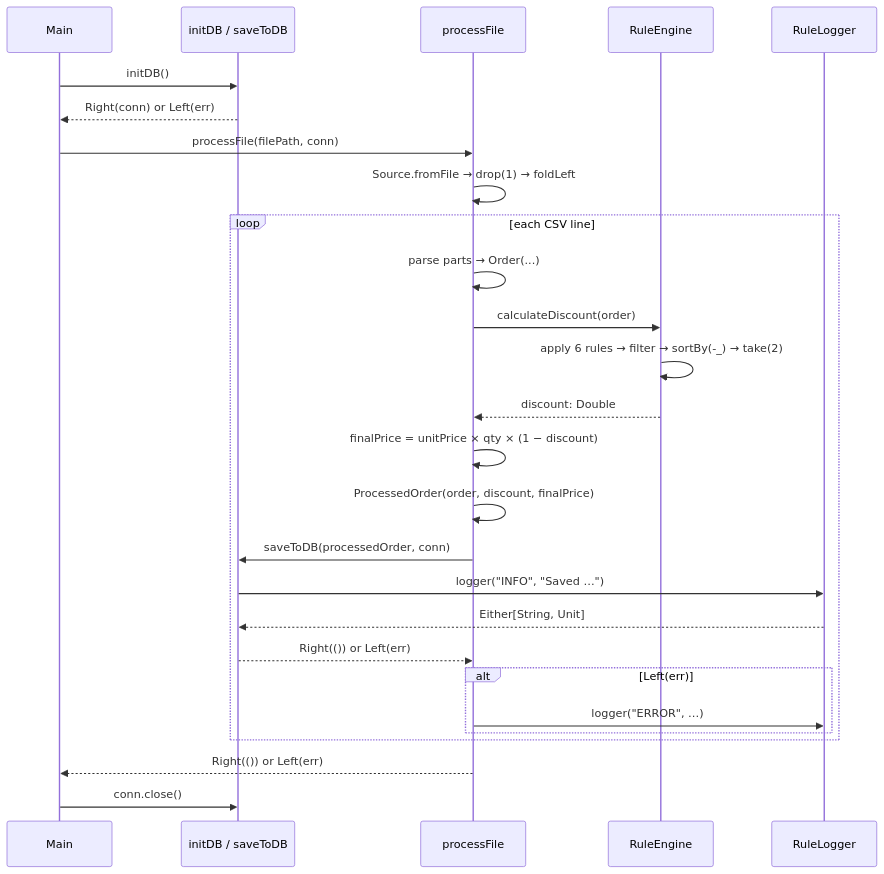
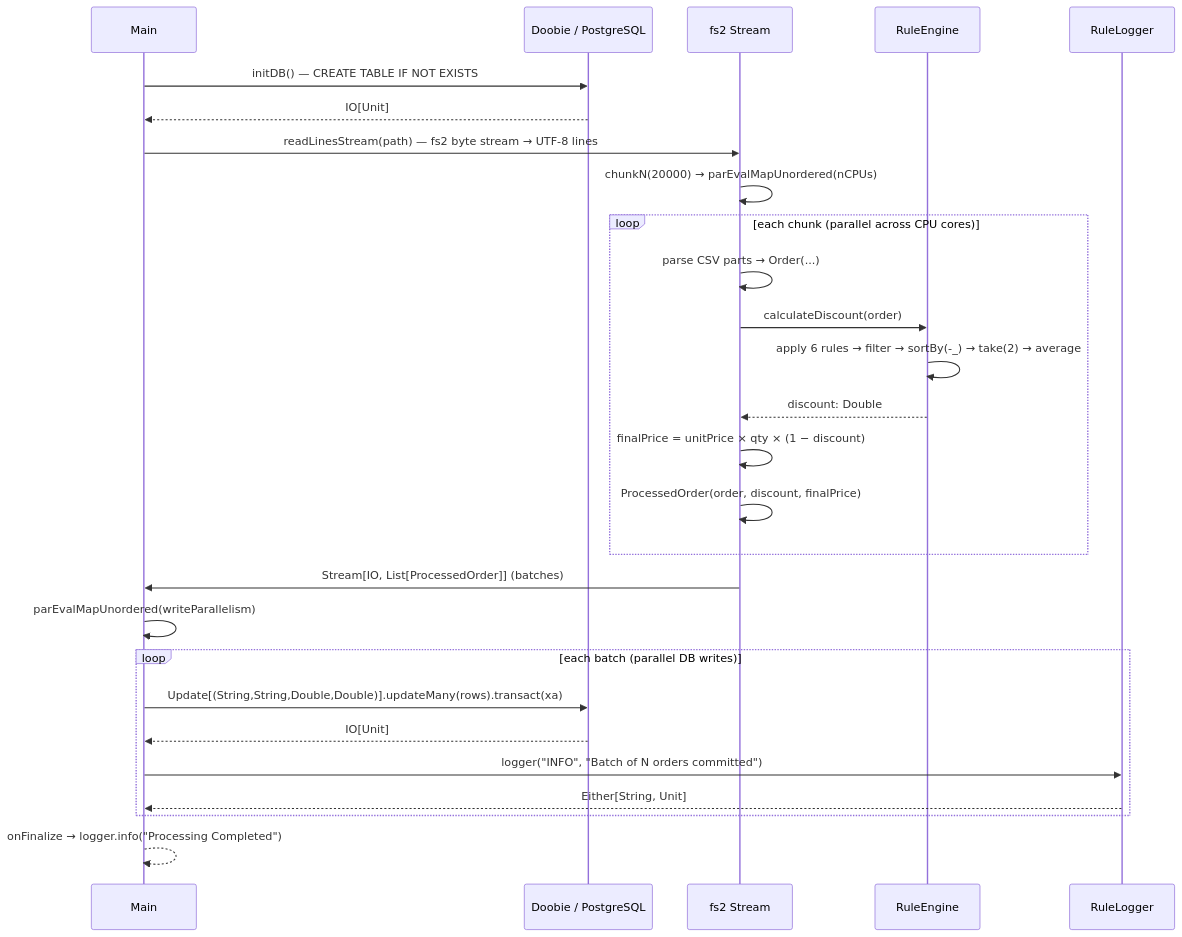
The first of 2 diagrams in README.md (codsalah/Functional-Retail-Pipeline-Scala), drawn with Mermaid before and after one commit. The commit also changed other lines of this file, not shown here.

Commit message:
Update README with critical fixes and additions - PostgreSQL, fs2 streaming, architecture updates

````diff
--- a/README.md
+++ b/README.md
@@ -58,30 +60,30 @@
 ```mermaid
 sequenceDiagram
     participant M  as Main
-    participant DB as initDB / saveToDB
-    participant F  as processFile
+    participant DB as Doobie / PostgreSQL
+    participant S  as fs2 Stream
     participant RE as RuleEngine
     participant RL as RuleLogger
 
-    M  ->> DB: initDB()
-    DB -->> M: Right(conn) or Left(err)
-    M  ->> F:  processFile(filePath, conn)
-    F  ->> F:  Source.fromFile → drop(1) → foldLeft
-    loop each CSV line
-      F  ->> F:  parse parts → Order(...)
-      F  ->> RE: calculateDiscount(order)
-      RE ->> RE: apply 6 rules → filter → sortBy(-_) → take(2)
-      RE -->> F: discount: Double
-      F  ->> F:  finalPrice = unitPrice × qty × (1 − discount)
-      F  ->> F:  ProcessedOrder(order, discount, finalPrice)
-      F  ->> DB: saveToDB(processedOrder, conn)
-      DB ->> RL: logger("INFO", "Saved …")
-      RL -->> DB: Either[String, Unit]
-      DB -->> F: Right(()) or Left(err)
-      alt Left(err)
-        F ->> RL: logger("ERROR", …)
-      end
+    M  ->> DB: initDB() — CREATE TABLE IF NOT EXISTS
+    DB -->> M: IO[Unit]
+    M  ->> S:  readLinesStream(path) — fs2 byte stream → UTF-8 lines
+    S  ->> S:  chunkN(20000) → parEvalMapUnordered(nCPUs)
+    loop each chunk (parallel across CPU cores)
+      S  ->> S:  parse CSV parts → Order(...)
+      S  ->> RE: calculateDiscount(order)
+      RE ->> RE: apply 6 rules → filter → sortBy(-_) → take(2) → average
+      RE -->> S: discount: Double
+      S  ->> S:  finalPrice = unitPrice × qty × (1 − discount)
+      S  ->> S:  ProcessedOrder(order, discount, finalPrice)
     end
-    F  -->> M: Right(()) or Left(err)
-    M  ->> DB: conn.close()
+    S  ->> M:  Stream[IO, List[ProcessedOrder]] (batches)
+    M  ->> M:  parEvalMapUnordered(writeParallelism)
+    loop each batch (parallel DB writes)
+      M  ->> DB: Update[(String,String,Double,Double)].updateMany(rows).transact(xa)
+      DB -->> M: IO[Unit]
+      M  ->> RL: logger("INFO", "Batch of N orders committed")
+      RL -->> M: Either[String, Unit]
+    end
+    M  -->> M: onFinalize → logger.info("Processing Completed")
 ```
````
